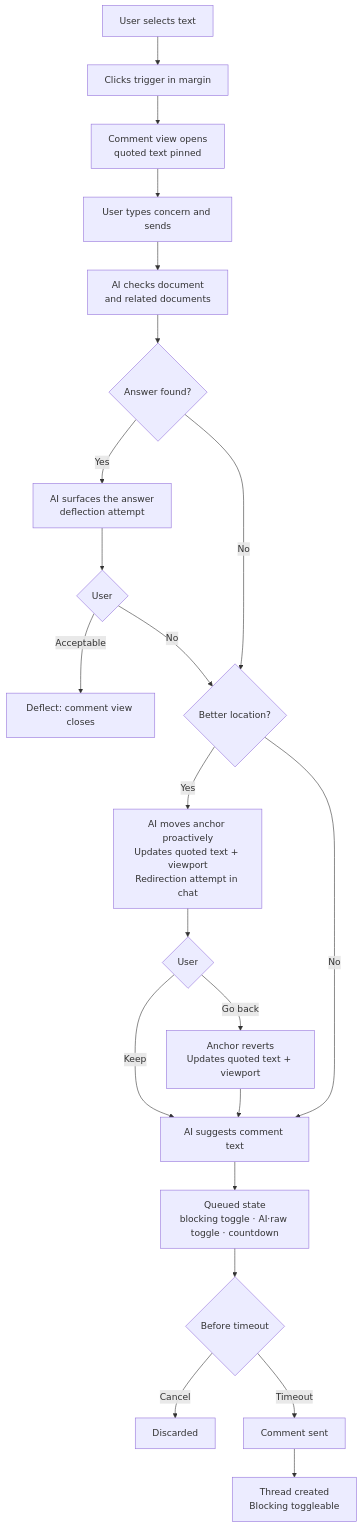
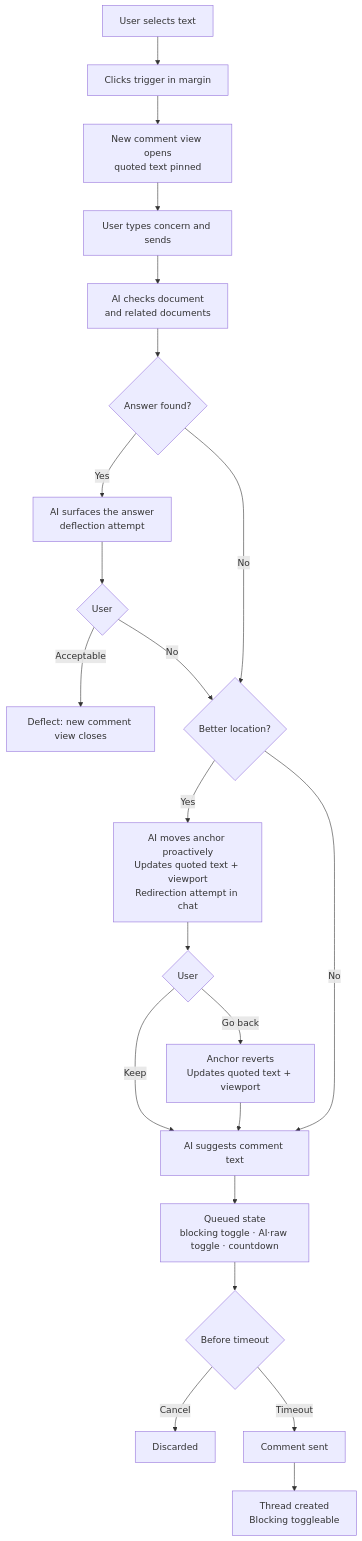
The diagram in .eng-docs/specs/backlog/feature-comments.md (markdstafford/episteme), drawn with Mermaid before and after one commit. The commit also changed other lines of this file, not shown here.

````diff
--- a/.eng-docs/specs/backlog/feature-comments.md
+++ b/.eng-docs/specs/backlog/feature-comments.md
@@ -109,31 +106,31 @@
 ```mermaid
 flowchart TD
     A[User selects text] --> B[Clicks trigger in margin]
-    B --> C[Comment view opens\nquoted text pinned]
+    B --> C[New comment view opens\nquoted text pinned]
     C --> D[User types concern and sends]
     D --> E[AI checks document\nand related documents]
 
     E --> F{Answer found?}
     F -->|Yes| G[AI surfaces the answer\ndeflection attempt]
     G --> H{User}
-    H -->|Acceptable| I[Deflect: comment view closes]
+    H -->|Acceptable| I[Deflect: new comment view closes]
     H -->|No| J
 
     F -->|No| J
 
     J{Better location?}
     J -->|Yes| K[AI moves anchor proactively\nUpdates quoted text + viewport\nRedirection attempt in chat]
     K --> L{User}
     L -->|Keep| N
     L -->|Go back| M[Anchor reverts\nUpdates quoted text + viewport]
     M --> N
 
     J -->|No| N
 
     N[AI suggests comment text]
     N --> O[Queued state\nblocking toggle · AI·raw toggle · countdown]
     O --> P{Before timeout}
     P -->|Cancel| Q[Discarded]
     P -->|Timeout| R[Comment sent]
     R --> S[Thread created\nBlocking toggleable]
 ```
````
